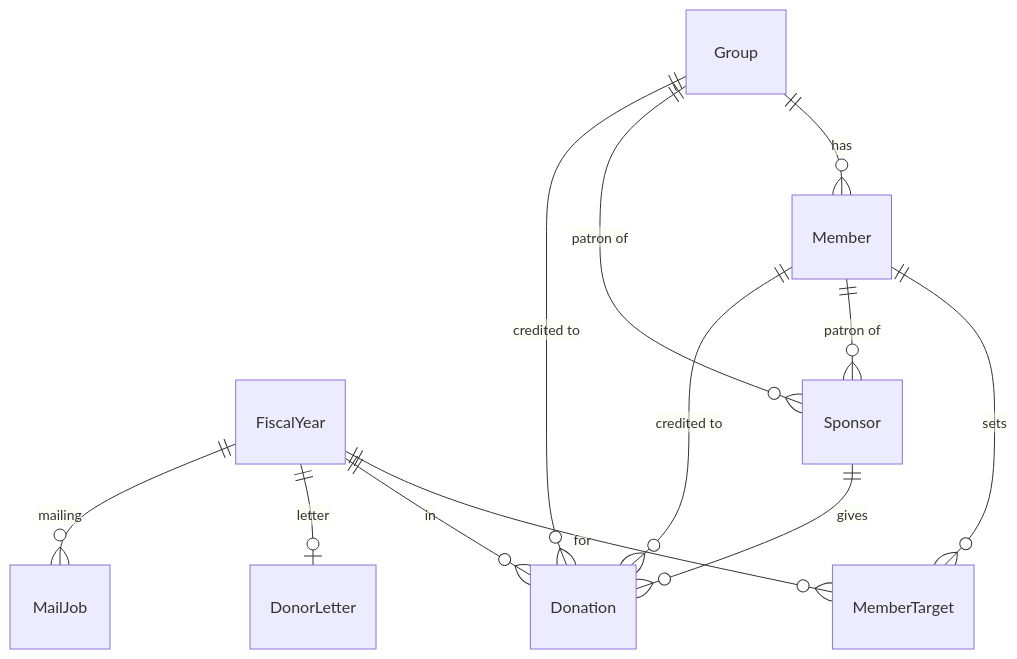
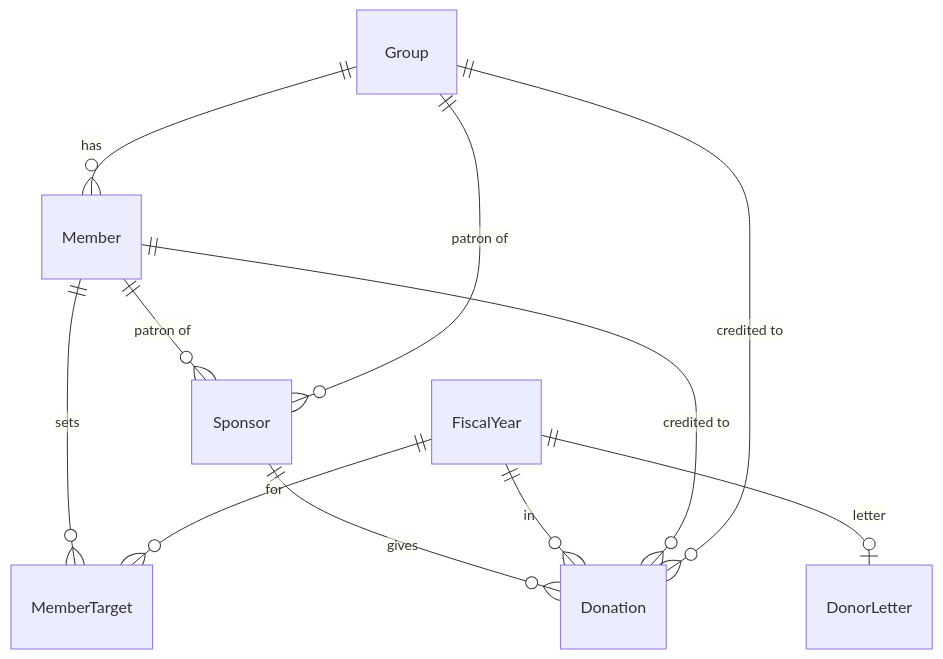
Before and after one commit to moetiker/DonorFlow: the diagram in README.md, drawn with Mermaid. The commit also changed other lines of this file and 7 other files, not shown here.

First line of the commit message:
Refresh the README screenshots and correct the data model diagram

````diff
--- a/README.md
+++ b/README.md
@@ -64,14 +66,13 @@
 ```mermaid
 erDiagram
     Group ||--o{ Member : "has"
     Member ||--o{ MemberTarget : "sets"
     FiscalYear ||--o{ MemberTarget : "for"
     Member ||--o{ Sponsor : "patron of"
     Group ||--o{ Sponsor : "patron of"
     Sponsor ||--o{ Donation : "gives"
     FiscalYear ||--o{ Donation : "in"
     Member ||--o{ Donation : "credited to"
     Group ||--o{ Donation : "credited to"
     FiscalYear ||--o| DonorLetter : "letter"
-    FiscalYear ||--o{ MailJob : "mailing"
 ```
````
